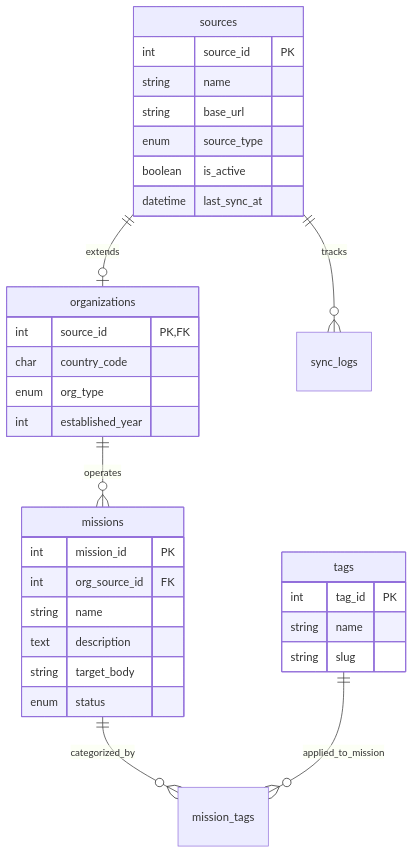
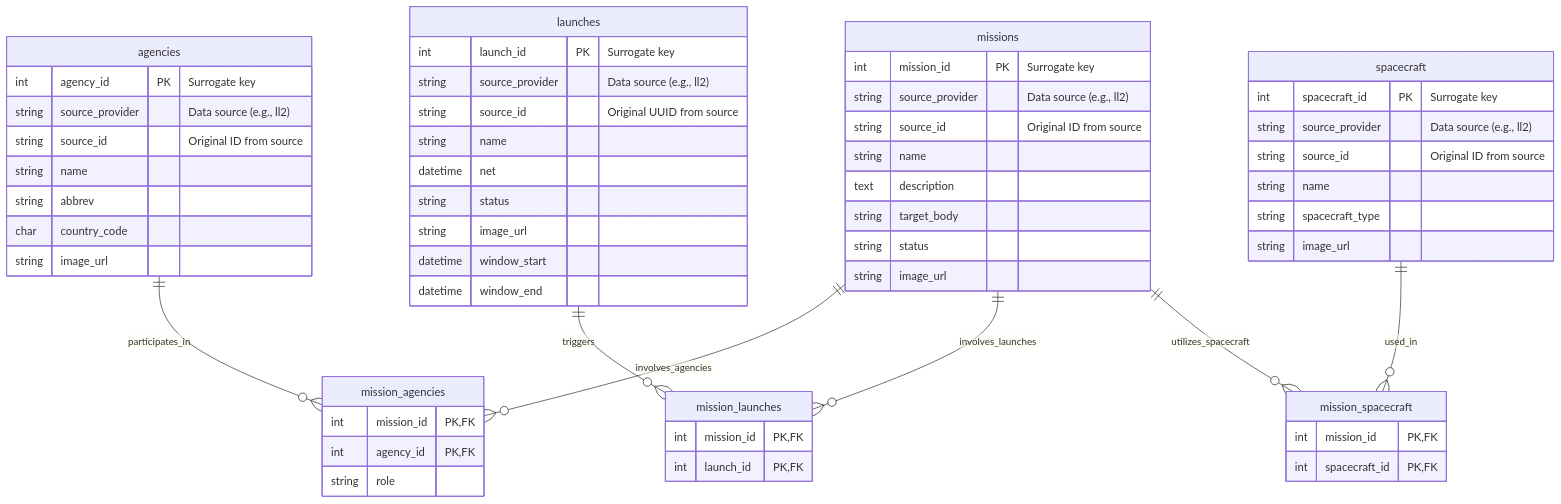
One commit to CRKL-SDSU/CRKL changed the diagram in db/schema.md. Above: the diagram before and after it, drawn with Mermaid. The commit also changed other lines of this file and 1 other file, not shown here.

Commit message:
Update schema and seed data

````diff
--- a/db/schema.md
+++ b/db/schema.md
@@ -20,39 +20,67 @@
 ```mermaid
 erDiagram
-    sources ||--o| organizations : "extends"
-    sources ||--o{ sync_logs : "tracks"
-    organizations ||--o{ missions : "operates"
-    missions ||--o{ mission_tags : "categorized_by"
-    tags ||--o{ mission_tags : "applied_to_mission"
+    agencies ||--o{ mission_agencies : "participates_in"
+    missions ||--o{ mission_agencies : "involves_agencies"
+    launches ||--o{ mission_launches : "triggers"
+    missions ||--o{ mission_launches : "involves_launches"
+    spacecraft ||--o{ mission_spacecraft : "used_in"
+    missions ||--o{ mission_spacecraft : "utilizes_spacecraft"
 
-    sources {
-        int source_id PK
+    agencies {
+        int agency_id PK "Surrogate key"
+        string source_provider "Data source (e.g., ll2)"
+        string source_id "Original ID from source"
         string name
-        string base_url
-        enum source_type
-        boolean is_active
-        datetime last_sync_at
+        string abbrev
+        char country_code
+        string image_url
     }
 
-    organizations {
-        int source_id PK, FK
-        char country_code
-        enum org_type
-        int established_year
+    launches {
+        int launch_id PK "Surrogate key"
+        string source_provider "Data source (e.g., ll2)"
+        string source_id "Original UUID from source"
+        string name
+        datetime net
+        string status
+        string image_url
+        datetime window_start
+        datetime window_end
+    }
+
+    spacecraft {
+        int spacecraft_id PK "Surrogate key"
+        string source_provider "Data source (e.g., ll2)"
+        string source_id "Original ID from source"
+        string name
+        string spacecraft_type
+        string image_url
     }
 
     missions {
-        int mission_id PK
-        int org_source_id FK
+        int mission_id PK "Surrogate key"
+        string source_provider "Data source (e.g., ll2)"
+        string source_id "Original ID from source"
         string name
         text description
         string target_body
-        enum status
+        string status
+        string image_url
     }
 
-    tags {
-        int tag_id PK
-        string name
-        string slug
+    mission_agencies {
+        int mission_id PK, FK
+        int agency_id PK, FK
+        string role
+    }
+
+    mission_launches {
+        int mission_id PK, FK
+        int launch_id PK, FK
+    }
+
+    mission_spacecraft {
+        int mission_id PK, FK
+        int spacecraft_id PK, FK
     }
 ```
````
